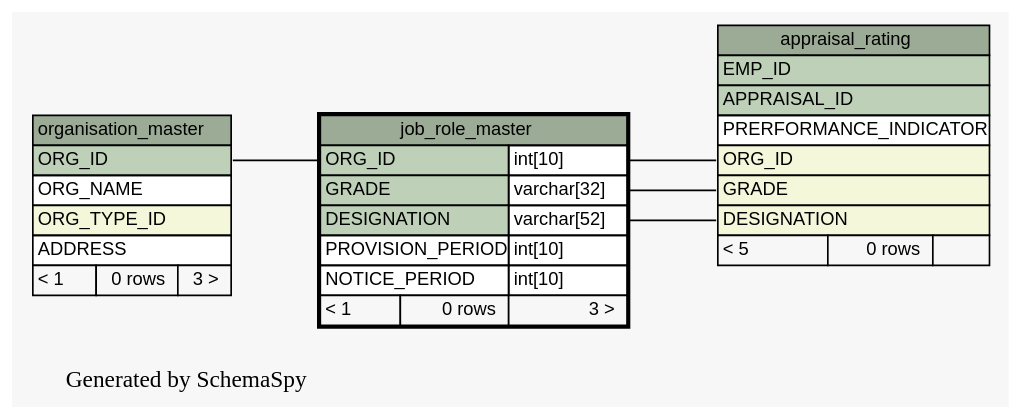
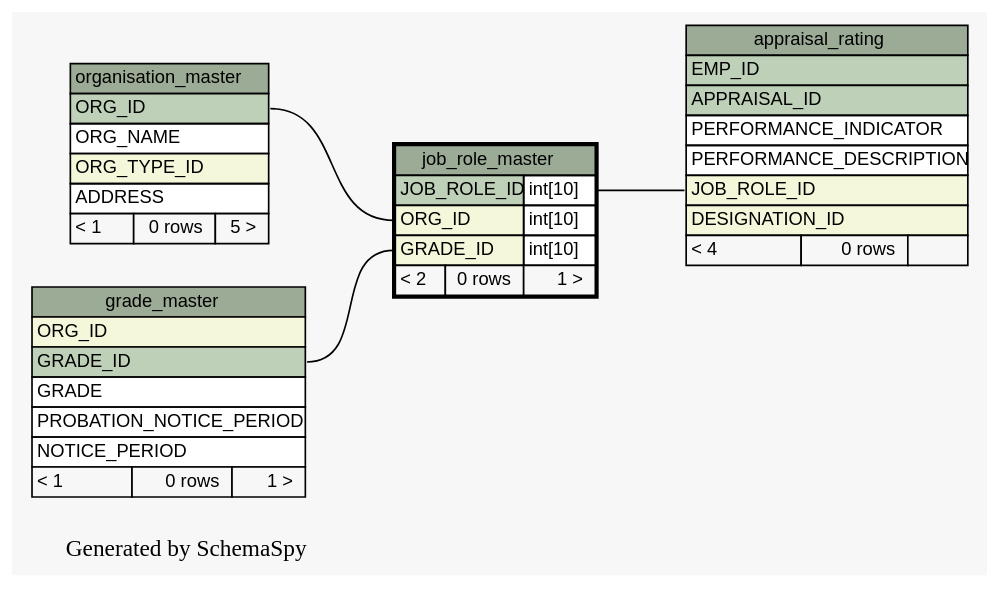
One commit to engineerscraft/hrms changed the diagram in docs/database/schemaspy/graphs/job_role_master.1degree.dot. Above: the diagram before and after it, drawn with Graphviz. The commit also changed 201 other files, not shown here.

```diff
--- a/docs/database/schemaspy/graphs/job_role_master.1degree.dot
+++ b/docs/database/schemaspy/graphs/job_role_master.1degree.dot
@@ -1,63 +1,74 @@
 // dot 2.38.0 on Windows 7 6.1
 digraph "oneDegreeRelationshipsGraph" {
   graph [
     rankdir="RL"
     bgcolor="#f7f7f7"
     label="\nGenerated by SchemaSpy"
     labeljust="l"
   ];
   node [
     fontname="Helvetica"
     fontsize="11"
     shape="plaintext"
   ];
   edge [
     arrowsize="0.8"
   ];
-  "appraisal_rating":"DESIGNATION":w -> "job_role_master":"DESIGNATION.type":e [arrowtail=crowodot arrowhead=none];
-  "appraisal_rating":"GRADE":w -> "job_role_master":"GRADE.type":e [arrowtail=crowodot arrowhead=none];
-  "appraisal_rating":"ORG_ID":w -> "job_role_master":"ORG_ID.type":e [arrowtail=crowodot arrowhead=none];
-  "job_role_master":"ORG_ID":w -> "organisation_master":"ORG_ID":e [arrowtail=crowtee arrowhead=none];
+  "appraisal_rating":"JOB_ROLE_ID":w -> "job_role_master":"JOB_ROLE_ID.type":e [arrowtail=crowodot arrowhead=none];
+  "job_role_master":"GRADE_ID":w -> "grade_master":"GRADE_ID":e [arrowtail=crowodot arrowhead=none];
+  "job_role_master":"ORG_ID":w -> "organisation_master":"ORG_ID":e [arrowtail=crowodot arrowhead=none];
   "appraisal_rating" [
     label=<
     <TABLE BORDER="0" CELLBORDER="1" CELLSPACING="0" BGCOLOR="#ffffff">
       <TR><TD PORT="appraisal_rating.heading" COLSPAN="3" BGCOLOR="#9bab96" ALIGN="CENTER">appraisal_rating</TD></TR>
       <TR><TD PORT="EMP_ID" COLSPAN="3" BGCOLOR="#bed1b8" ALIGN="LEFT">EMP_ID</TD></TR>
       <TR><TD PORT="APPRAISAL_ID" COLSPAN="3" BGCOLOR="#bed1b8" ALIGN="LEFT">APPRAISAL_ID</TD></TR>
-      <TR><TD PORT="PRERFORMANCE_INDICATOR" COLSPAN="3" ALIGN="LEFT">PRERFORMANCE_INDICATOR</TD></TR>
-      <TR><TD PORT="ORG_ID" COLSPAN="3" BGCOLOR="#f4f7da" ALIGN="LEFT">ORG_ID</TD></TR>
-      <TR><TD PORT="GRADE" COLSPAN="3" BGCOLOR="#f4f7da" ALIGN="LEFT">GRADE</TD></TR>
-      <TR><TD PORT="DESIGNATION" COLSPAN="3" BGCOLOR="#f4f7da" ALIGN="LEFT">DESIGNATION</TD></TR>
-      <TR><TD ALIGN="LEFT" BGCOLOR="#f7f7f7">&lt; 5</TD><TD ALIGN="RIGHT" BGCOLOR="#f7f7f7">0 rows</TD><TD ALIGN="RIGHT" BGCOLOR="#f7f7f7">  </TD></TR>
+      <TR><TD PORT="PERFORMANCE_INDICATOR" COLSPAN="3" ALIGN="LEFT">PERFORMANCE_INDICATOR</TD></TR>
+      <TR><TD PORT="PERFORMANCE_DESCRIPTION" COLSPAN="3" ALIGN="LEFT">PERFORMANCE_DESCRIPTION</TD></TR>
+      <TR><TD PORT="JOB_ROLE_ID" COLSPAN="3" BGCOLOR="#f4f7da" ALIGN="LEFT">JOB_ROLE_ID</TD></TR>
+      <TR><TD PORT="DESIGNATION_ID" COLSPAN="3" BGCOLOR="#f4f7da" ALIGN="LEFT">DESIGNATION_ID</TD></TR>
+      <TR><TD ALIGN="LEFT" BGCOLOR="#f7f7f7">&lt; 4</TD><TD ALIGN="RIGHT" BGCOLOR="#f7f7f7">0 rows</TD><TD ALIGN="RIGHT" BGCOLOR="#f7f7f7">  </TD></TR>
     </TABLE>>
     URL="appraisal_rating.html#graph"
     tooltip="appraisal_rating"
+  ];
+  "grade_master" [
+    label=<
+    <TABLE BORDER="0" CELLBORDER="1" CELLSPACING="0" BGCOLOR="#ffffff">
+      <TR><TD PORT="grade_master.heading" COLSPAN="3" BGCOLOR="#9bab96" ALIGN="CENTER">grade_master</TD></TR>
+      <TR><TD PORT="ORG_ID" COLSPAN="3" BGCOLOR="#f4f7da" ALIGN="LEFT">ORG_ID</TD></TR>
+      <TR><TD PORT="GRADE_ID" COLSPAN="3" BGCOLOR="#bed1b8" ALIGN="LEFT">GRADE_ID</TD></TR>
+      <TR><TD PORT="GRADE" COLSPAN="3" ALIGN="LEFT">GRADE</TD></TR>
+      <TR><TD PORT="PROBATION_NOTICE_PERIOD" COLSPAN="3" ALIGN="LEFT">PROBATION_NOTICE_PERIOD</TD></TR>
+      <TR><TD PORT="NOTICE_PERIOD" COLSPAN="3" ALIGN="LEFT">NOTICE_PERIOD</TD></TR>
+      <TR><TD ALIGN="LEFT" BGCOLOR="#f7f7f7">&lt; 1</TD><TD ALIGN="RIGHT" BGCOLOR="#f7f7f7">0 rows</TD><TD ALIGN="RIGHT" BGCOLOR="#f7f7f7">1 &gt;</TD></TR>
+    </TABLE>>
+    URL="grade_master.html#graph"
+    tooltip="grade_master"
   ];
   "job_role_master" [
     label=<
     <TABLE BORDER="2" CELLBORDER="1" CELLSPACING="0" BGCOLOR="#ffffff">
       <TR><TD PORT="job_role_master.heading" COLSPAN="3" BGCOLOR="#9bab96" ALIGN="CENTER">job_role_master</TD></TR>
-      <TR><TD PORT="ORG_ID" COLSPAN="2" BGCOLOR="#bed1b8" ALIGN="LEFT">ORG_ID</TD><TD PORT="ORG_ID.type" ALIGN="LEFT">int[10]</TD></TR>
-      <TR><TD PORT="GRADE" COLSPAN="2" BGCOLOR="#bed1b8" ALIGN="LEFT">GRADE</TD><TD PORT="GRADE.type" ALIGN="LEFT">varchar[32]</TD></TR>
-      <TR><TD PORT="DESIGNATION" COLSPAN="2" BGCOLOR="#bed1b8" ALIGN="LEFT">DESIGNATION</TD><TD PORT="DESIGNATION.type" ALIGN="LEFT">varchar[52]</TD></TR>
-      <TR><TD PORT="PROVISION_PERIOD" COLSPAN="2" ALIGN="LEFT">PROVISION_PERIOD</TD><TD PORT="PROVISION_PERIOD.type" ALIGN="LEFT">int[10]</TD></TR>
-      <TR><TD PORT="NOTICE_PERIOD" COLSPAN="2" ALIGN="LEFT">NOTICE_PERIOD</TD><TD PORT="NOTICE_PERIOD.type" ALIGN="LEFT">int[10]</TD></TR>
-      <TR><TD ALIGN="LEFT" BGCOLOR="#f7f7f7">&lt; 1</TD><TD ALIGN="RIGHT" BGCOLOR="#f7f7f7">0 rows</TD><TD ALIGN="RIGHT" BGCOLOR="#f7f7f7">3 &gt;</TD></TR>
+      <TR><TD PORT="JOB_ROLE_ID" COLSPAN="2" BGCOLOR="#bed1b8" ALIGN="LEFT">JOB_ROLE_ID</TD><TD PORT="JOB_ROLE_ID.type" ALIGN="LEFT">int[10]</TD></TR>
+      <TR><TD PORT="ORG_ID" COLSPAN="2" BGCOLOR="#f4f7da" ALIGN="LEFT">ORG_ID</TD><TD PORT="ORG_ID.type" ALIGN="LEFT">int[10]</TD></TR>
+      <TR><TD PORT="GRADE_ID" COLSPAN="2" BGCOLOR="#f4f7da" ALIGN="LEFT">GRADE_ID</TD><TD PORT="GRADE_ID.type" ALIGN="LEFT">int[10]</TD></TR>
+      <TR><TD ALIGN="LEFT" BGCOLOR="#f7f7f7">&lt; 2</TD><TD ALIGN="RIGHT" BGCOLOR="#f7f7f7">0 rows</TD><TD ALIGN="RIGHT" BGCOLOR="#f7f7f7">1 &gt;</TD></TR>
     </TABLE>>
     URL="job_role_master.html#"
     tooltip="job_role_master"
   ];
   "organisation_master" [
     label=<
     <TABLE BORDER="0" CELLBORDER="1" CELLSPACING="0" BGCOLOR="#ffffff">
       <TR><TD PORT="organisation_master.heading" COLSPAN="3" BGCOLOR="#9bab96" ALIGN="CENTER">organisation_master</TD></TR>
       <TR><TD PORT="ORG_ID" COLSPAN="3" BGCOLOR="#bed1b8" ALIGN="LEFT">ORG_ID</TD></TR>
       <TR><TD PORT="ORG_NAME" COLSPAN="3" ALIGN="LEFT">ORG_NAME</TD></TR>
       <TR><TD PORT="ORG_TYPE_ID" COLSPAN="3" BGCOLOR="#f4f7da" ALIGN="LEFT">ORG_TYPE_ID</TD></TR>
       <TR><TD PORT="ADDRESS" COLSPAN="3" ALIGN="LEFT">ADDRESS</TD></TR>
-      <TR><TD ALIGN="LEFT" BGCOLOR="#f7f7f7">&lt; 1</TD><TD ALIGN="RIGHT" BGCOLOR="#f7f7f7">0 rows</TD><TD ALIGN="RIGHT" BGCOLOR="#f7f7f7">3 &gt;</TD></TR>
+      <TR><TD ALIGN="LEFT" BGCOLOR="#f7f7f7">&lt; 1</TD><TD ALIGN="RIGHT" BGCOLOR="#f7f7f7">0 rows</TD><TD ALIGN="RIGHT" BGCOLOR="#f7f7f7">5 &gt;</TD></TR>
     </TABLE>>
     URL="organisation_master.html#graph"
     tooltip="organisation_master"
   ];
 }
```
